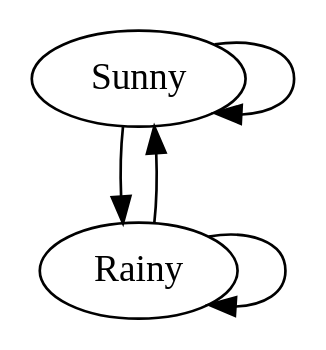
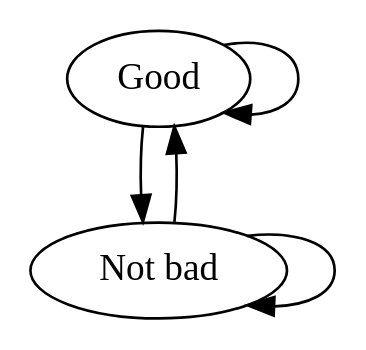
One commit to richelbilderbeek/boost_graph_cookbook_1 changed the diagram in BoostGraphTutorial/create_named_vertices_markov_chain.dot. Above: the diagram before and after it, drawn with Graphviz. The commit also changed 186 other files, not shown here.

```diff
--- a/BoostGraphTutorial/create_named_vertices_markov_chain.dot
+++ b/BoostGraphTutorial/create_named_vertices_markov_chain.dot
@@ -1,8 +1,8 @@
 digraph G {
-0[label=Sunny];
-1[label=Rainy];
+0[label=Good];
+1[label="Not bad"];
 0->0 ;
 0->1 ;
 1->0 ;
 1->1 ;
 }
```
